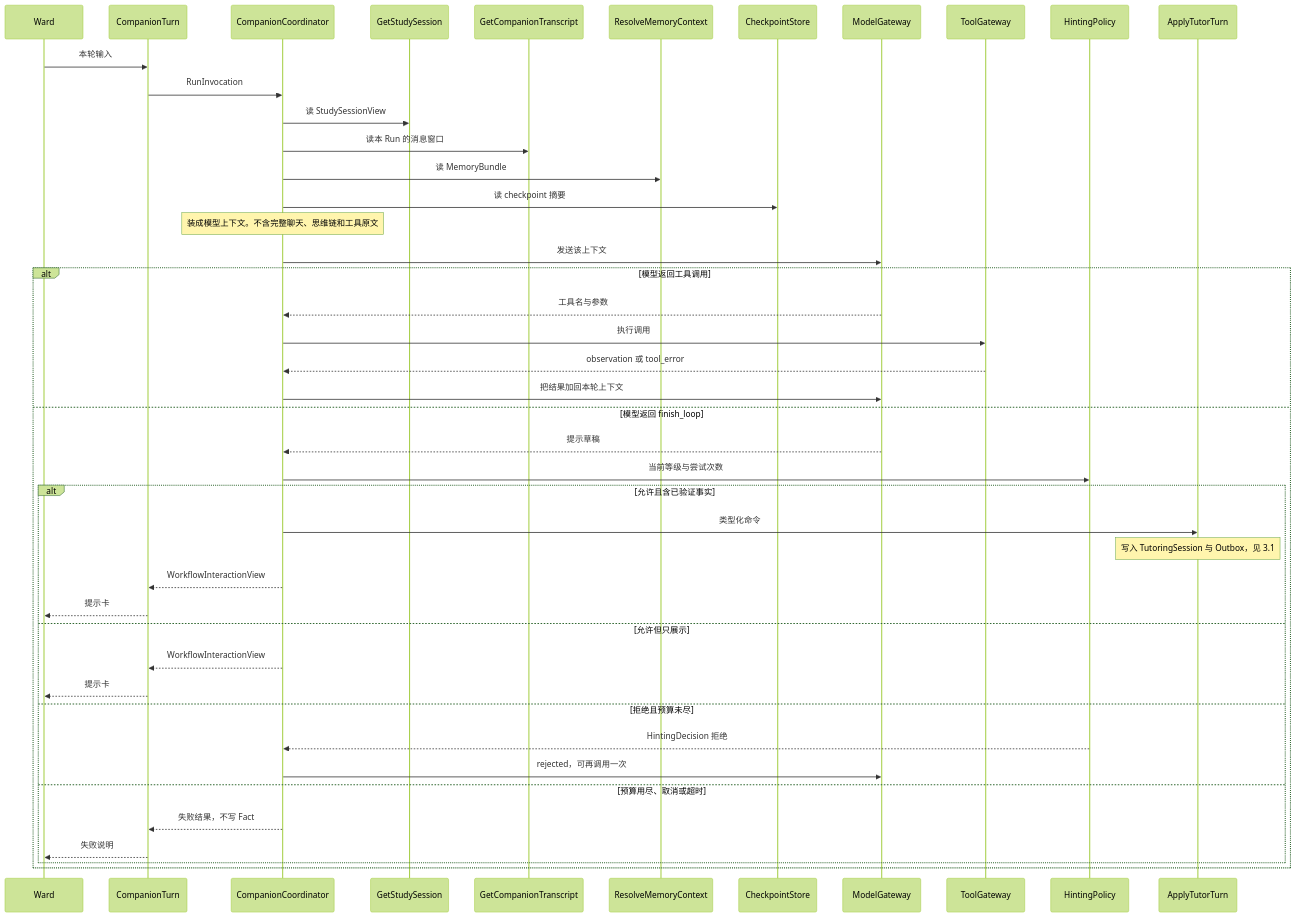
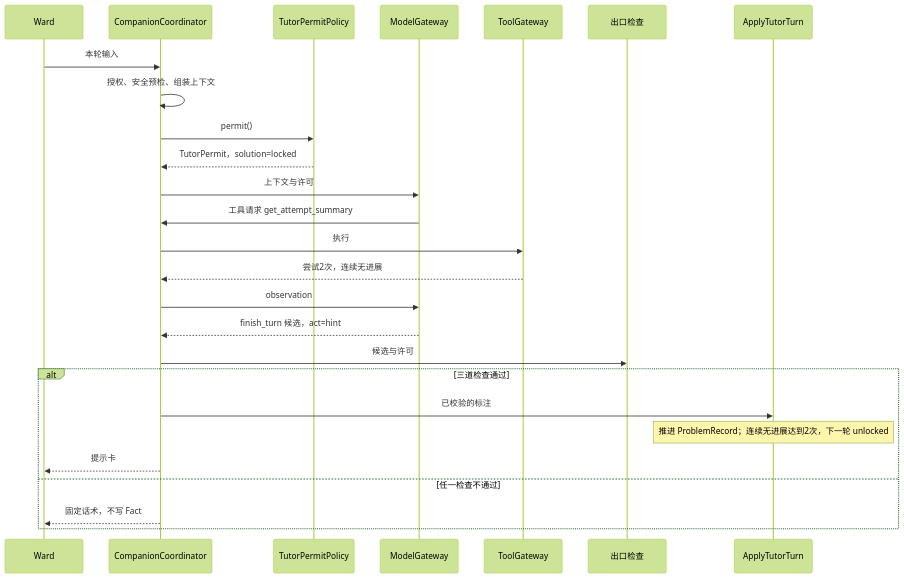
Before and after one commit to johanchow/duxue: diagram 11 of 12 in docs/technical/domain-study.md, drawn with Mermaid (forest theme). The commit also changed other lines of this file and 43 other files, not shown here.

First line of the commit message:
Let the model drive each tutoring turn while code guards the answer state and the exit.

````diff
--- a/docs/technical/domain-study.md
+++ b/docs/technical/domain-study.md
@@ -447,48 +594,29 @@
 ```mermaid
 sequenceDiagram
     participant W as Ward
-    participant I as CompanionTurn
     participant C as CompanionCoordinator
-    participant QS as GetStudySession
-    participant QJ as GetCompanionTranscript
-    participant QM as ResolveMemoryContext
-    participant K as CheckpointStore
+    participant P as TutorPermitPolicy
     participant G as ModelGateway
     participant T as ToolGateway
-    participant P as HintingPolicy
+    participant X as 出口检查
     participant U as ApplyTutorTurn
 
-    W->>I: 本轮输入
-    I->>C: RunInvocation
-    C->>QS: 读 StudySessionView
-    C->>QJ: 读本 Run 的消息窗口
-    C->>QM: 读 MemoryBundle
-    C->>K: 读 checkpoint 摘要
-    Note over C: 装成模型上下文。不含完整聊天、思维链和工具原文
-    C->>G: 发送该上下文
-
-    alt 模型返回工具调用
-        G-->>C: 工具名与参数
-        C->>T: 执行调用
-        T-->>C: observation 或 tool_error
-        C->>G: 把结果加回本轮上下文
-    else 模型返回 finish_loop
-        G-->>C: 提示草稿
-        C->>P: 当前等级与尝试次数
-        alt 允许且含已验证事实
-            C->>U: 类型化命令
-            Note over U: 写入 TutoringSession 与 Outbox，见 3.1
-            C-->>I: WorkflowInteractionView
-            I-->>W: 提示卡
-        else 允许但只展示
-            C-->>I: WorkflowInteractionView
-            I-->>W: 提示卡
-        else 拒绝且预算未尽
-            P-->>C: HintingDecision 拒绝
-            C->>G: rejected，可再调用一次
-        else 预算用尽、取消或超时
-            C-->>I: 失败结果，不写 Fact
-            I-->>W: 失败说明
-        end
+    W->>C: 本轮输入
+    C->>C: 授权、安全预检、组装上下文
+    C->>P: permit()
+    P-->>C: TutorPermit，solution=locked
+    C->>G: 上下文与许可
+    G->>C: 工具请求 get_attempt_summary
+    C->>T: 执行
+    T-->>C: 尝试2次，连续无进展
+    C->>G: observation
+    G-->>C: finish_turn 候选，act=hint
+    C->>X: 候选与许可
+    alt 三道检查通过
+        C->>U: 已校验的标注
+        Note over U: 推进 ProblemRecord；连续无进展达到2次，下一轮 unlocked
+        C-->>W: 提示卡
+    else 任一检查不通过
+        C-->>W: 固定话术，不写 Fact
     end
 ```
````
